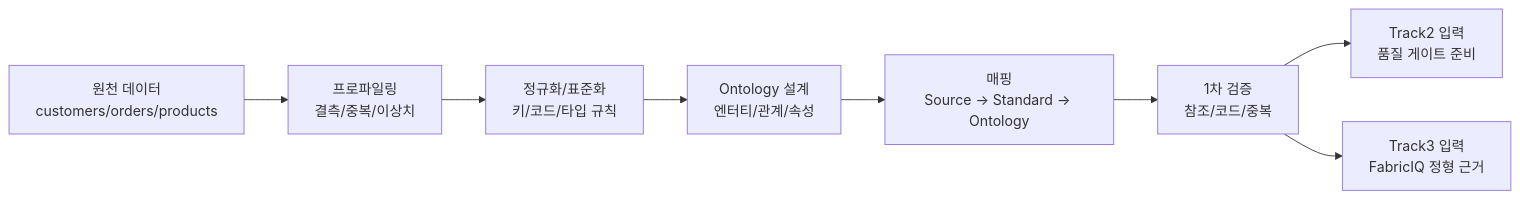
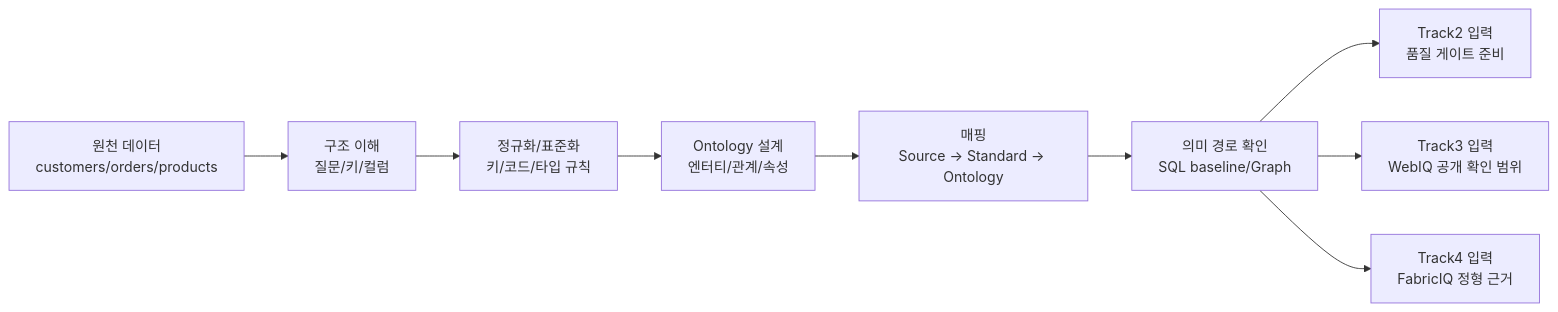
One commit to trentkim-ms-ats/microsoft-iq-workshop changed the diagram in track1/docs/Track1_OneSlide_Executive_Summary.md. Above: the diagram before and after it, drawn with Mermaid. The commit also changed other lines of this file and 135 other files, not shown here.

````diff
--- a/track1/docs/Track1_OneSlide_Executive_Summary.md
+++ b/track1/docs/Track1_OneSlide_Executive_Summary.md
@@ -11,18 +11,20 @@
 ```mermaid
 flowchart LR
     S[원천 데이터
-customers/orders/products] --> P[프로파일링
-결측/중복/이상치]
+customers/orders/products] --> P[구조 이해
+질문/키/컬럼]
     P --> N[정규화/표준화
 키/코드/타입 규칙]
     N --> O[Ontology 설계
 엔터티/관계/속성]
     O --> M[매핑
 Source -> Standard -> Ontology]
-    M --> V[1차 검증
-참조/코드/중복]
+    M --> V[의미 경로 확인
+SQL baseline/Graph]
     V --> T2[Track2 입력
 품질 게이트 준비]
     V --> T3[Track3 입력
+WebIQ 공개 확인 범위]
+    V --> T4[Track4 입력
 FabricIQ 정형 근거]
 ```
````
